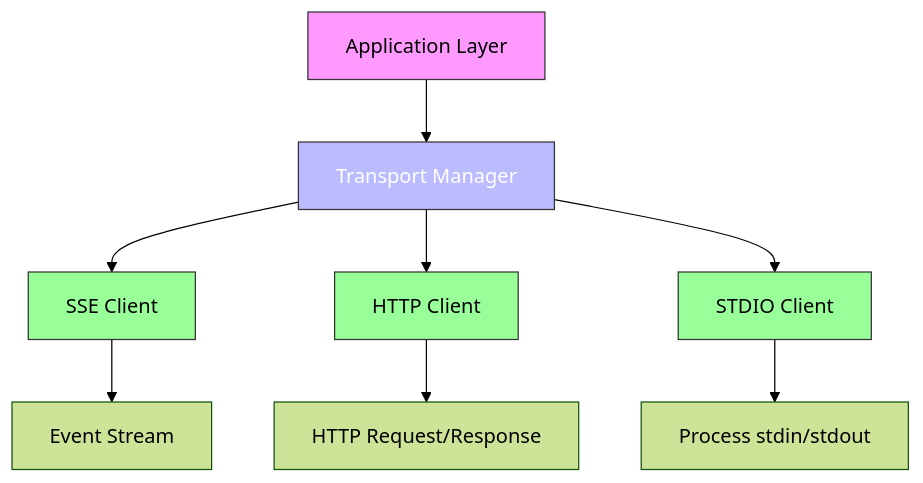
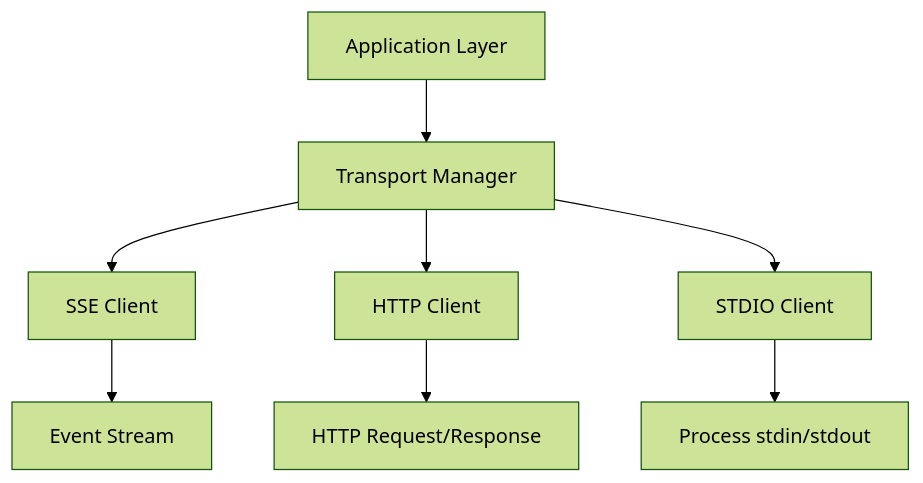
One commit to prxs-ai/praxis-go-sdk changed the second of 3 diagrams in docs/Architecture Overview/Model Context Protocol (MCP) Integration/Transport Adapters and Protocol Support.md. Above: the diagram before and after it, drawn with Mermaid (forest theme). The commit also changed other lines of this file and 33 other files, not shown here.

````diff
--- a/docs/Architecture Overview/Model Context Protocol (MCP) Integration/Transport Adapters and Protocol Support.md
+++ b/docs/Architecture Overview/Model Context Protocol (MCP) Integration/Transport Adapters and Protocol Support.md
@@ -81,15 +81,10 @@
 ```mermaid
 graph TD
 A["Application Layer"] --> B["Transport Manager"]
 B --> C["SSE Client"]
 B --> D["HTTP Client"]
 B --> E["STDIO Client"]
 C --> F["Event Stream"]
 D --> G["HTTP Request/Response"]
 E --> H["Process stdin/stdout"]
-style A fill:#f9f,stroke:#333
-style B fill:#bbf,stroke:#333,color:#fff
-style C fill:#9f9,stroke:#333
-style D fill:#9f9,stroke:#333
-style E fill:#9f9,stroke:#333
 ```
````
